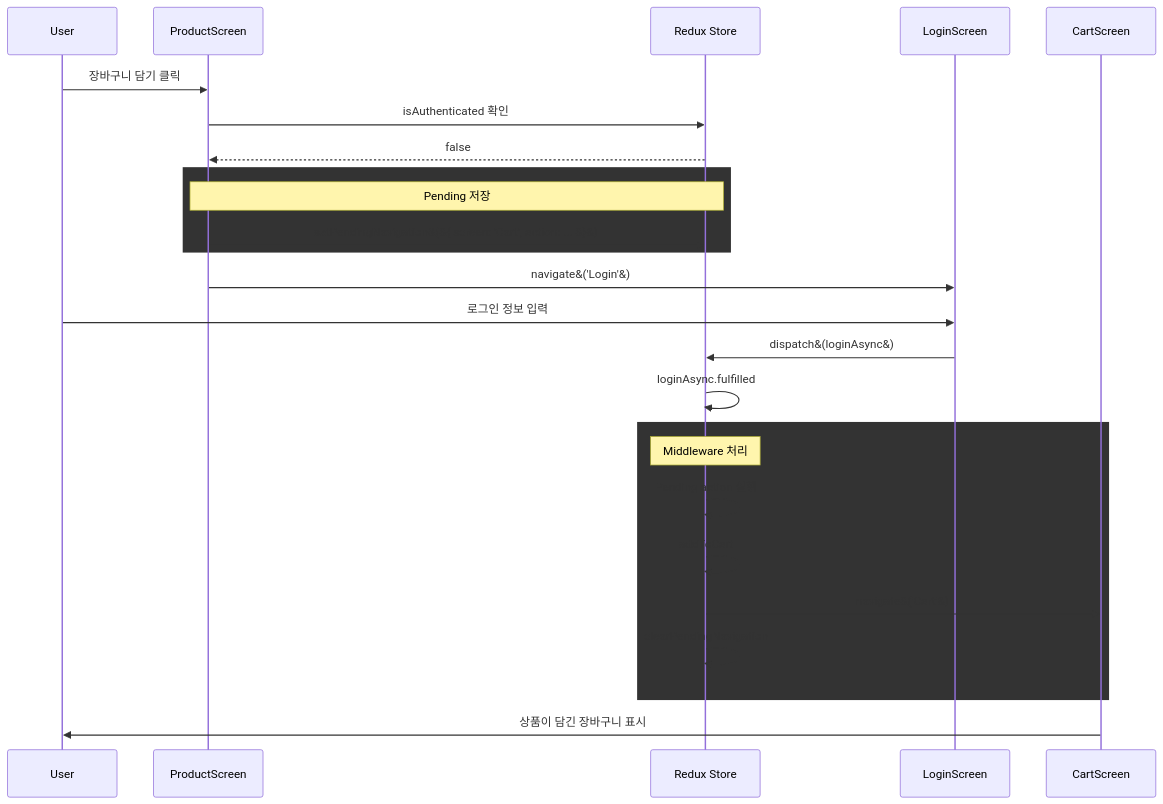
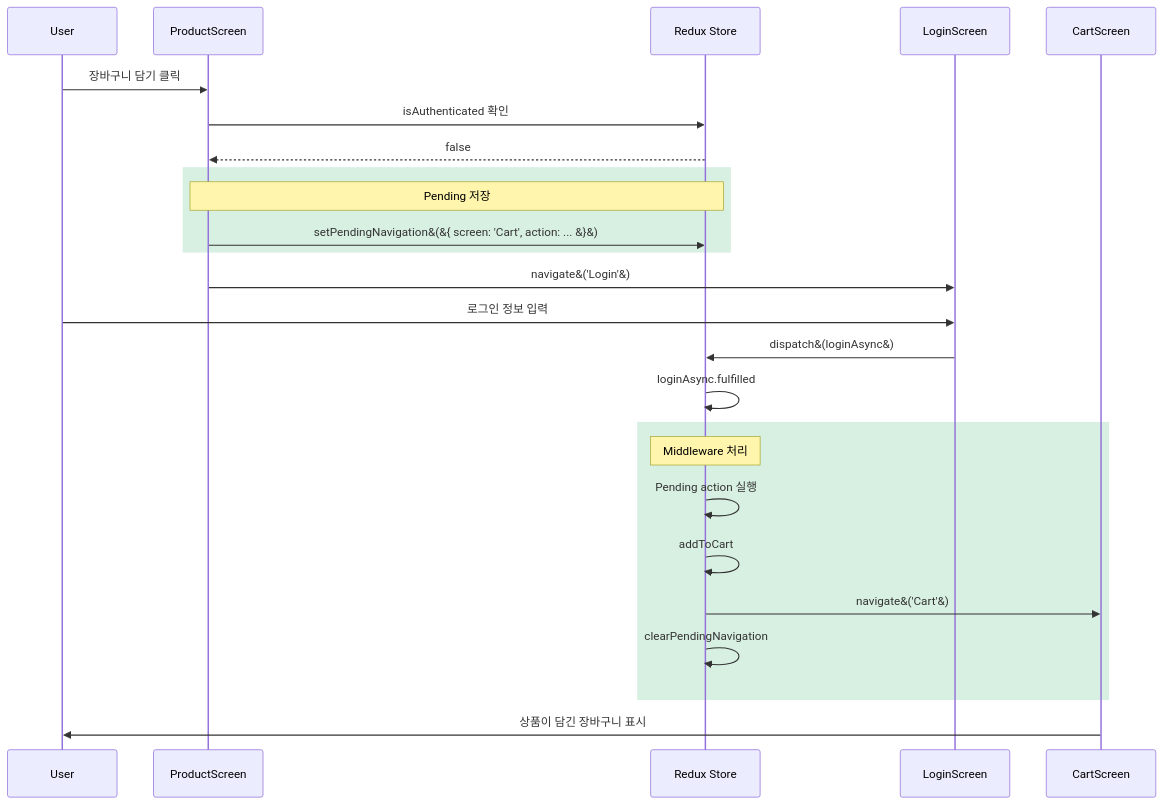
One commit to KalGookSoo/react-native-guide changed the fourth of 5 diagrams in chapters/03-3_navigation_redux_integration.md. Above: the diagram before and after it, drawn with Mermaid. The commit also changed other lines of this file, not shown here.

Commit message:
docs: Mermaid 다이어그램 색상 코드 이스케이프 제거 및 통일
- 네비게이션과 Redux 통합 가이드 내 Mermaid 다이어그램 색상 코드 수정
- `rgb(60, 179, 113, 0.2)`로 일관된 색상 적용 및 이스케이프 구문 제거

````diff
--- a/chapters/03-3_navigation_redux_integration.md
+++ b/chapters/03-3_navigation_redux_integration.md
@@ -680,33 +680,33 @@
 ```mermaid
 sequenceDiagram
     participant U as User
     participant P as ProductScreen
     participant S as Redux Store
     participant L as LoginScreen
     participant C as CartScreen
 
     U->>P: 장바구니 담기 클릭
     P->>S: isAuthenticated 확인
     S-->>P: false
 
-    rect rgb&#40;195, 91, 91, 0.2&#41;
+    rect rgb(60, 179, 113, 0.2)
         Note over P,S: Pending 저장
         P->>S: setPendingNavigation&#40;&#123; screen: 'Cart', action: ... &#125;&#41;
     end
 
     P->>L: navigate&#40;'Login'&#41;
 
     U->>L: 로그인 정보 입력
     L->>S: dispatch&#40;loginAsync&#41;
     S->>S: loginAsync.fulfilled
 
-    rect rgb&#40;60, 179, 113, 0.2&#41;
+    rect rgb(60, 179, 113, 0.2)
         Note over S: Middleware 처리
         S->>S: Pending action 실행
         S->>S: addToCart
         S->>C: navigate&#40;'Cart'&#41;
         S->>S: clearPendingNavigation
     end
 
     C->>U: 상품이 담긴 장바구니 표시
 ```
````
